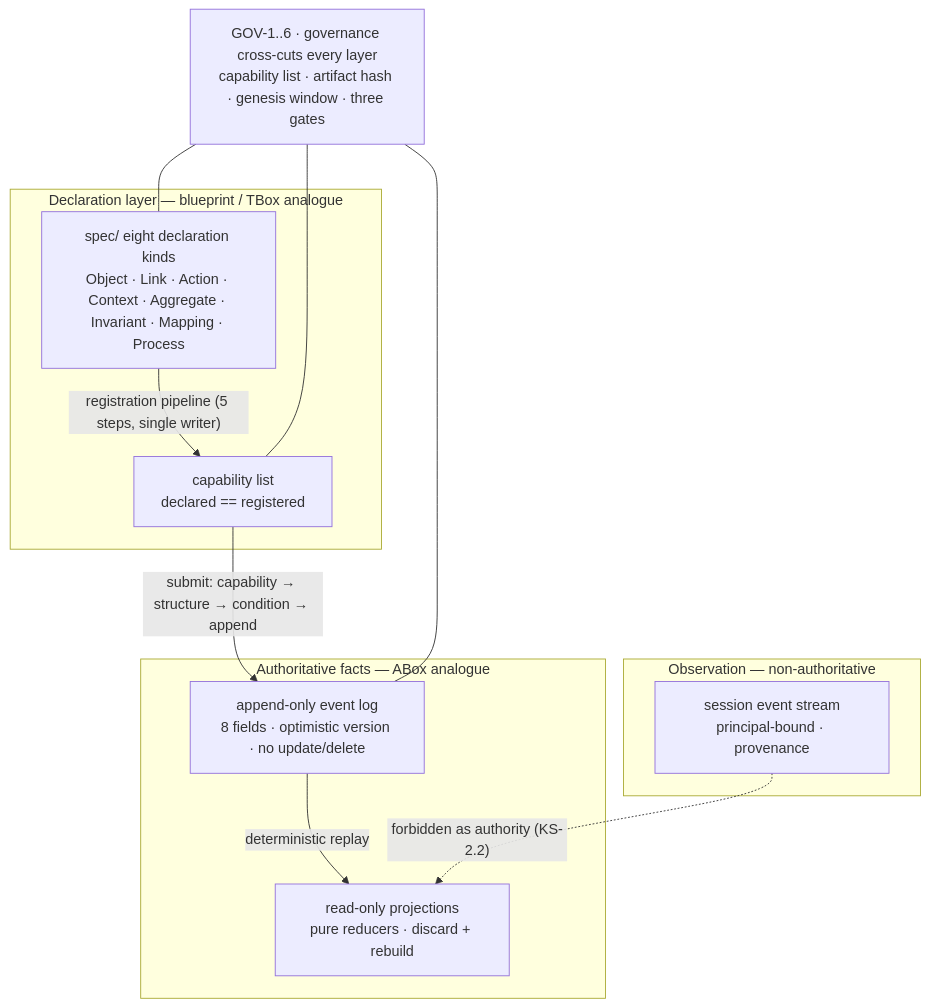
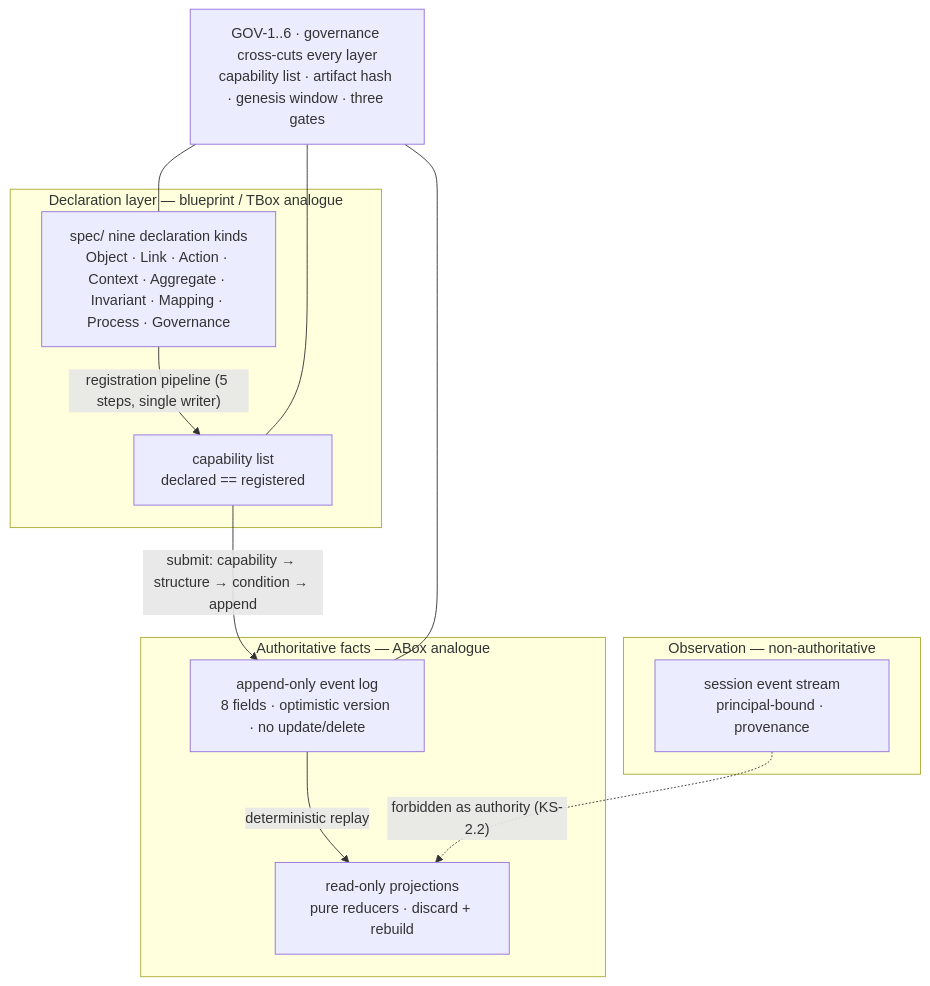
The diagram in README.md (shao200/AosKeel), drawn with Mermaid before and after one commit. The commit also changed other lines of this file and 14 other files, not shown here.

````diff
--- a/README.md
+++ b/README.md
@@ -64,22 +64,22 @@
 ```mermaid
 flowchart TB
     GOV["GOV-1..6 · governance cross-cuts every layer<br/>capability list · artifact hash · genesis window · three gates"]
     subgraph DECL["Declaration layer — blueprint / TBox analogue"]
-      SPEC["spec/ eight declaration kinds<br/>Object · Link · Action · Context · Aggregate · Invariant · Mapping · Process"]
+      SPEC["spec/ nine declaration kinds<br/>Object · Link · Action · Context · Aggregate · Invariant · Mapping · Process · Governance"]
       CAP["capability list<br/>declared == registered"]
       SPEC -->|"registration pipeline (5 steps, single writer)"| CAP
     end
     subgraph AUTH["Authoritative facts — ABox analogue"]
       LOG["append-only event log<br/>8 fields · optimistic version · no update/delete"]
       PROJ["read-only projections<br/>pure reducers · discard + rebuild"]
       LOG -->|"deterministic replay"| PROJ
     end
     subgraph OBS["Observation — non-authoritative"]
       SESS["session event stream<br/>principal-bound · provenance"]
     end
     CAP -->|"submit: capability → structure → condition → append"| LOG
     SESS -.->|"forbidden as authority (KS-2.2)"| PROJ
     GOV --- SPEC
     GOV --- CAP
     GOV --- LOG
 ```
````
